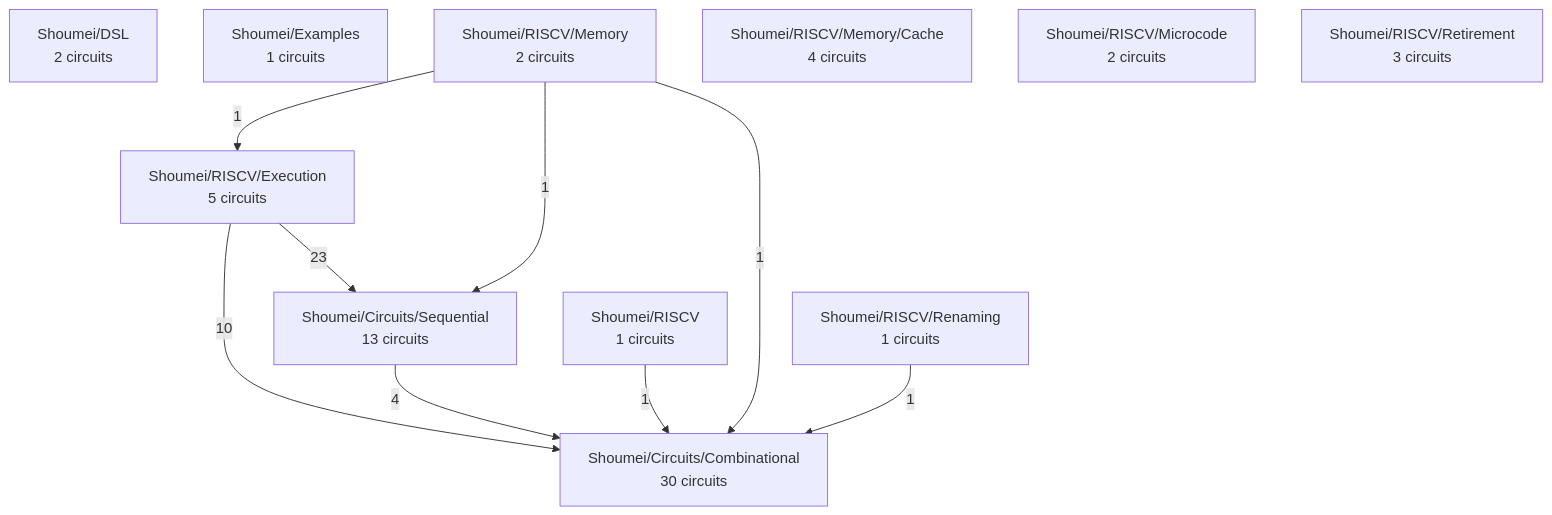
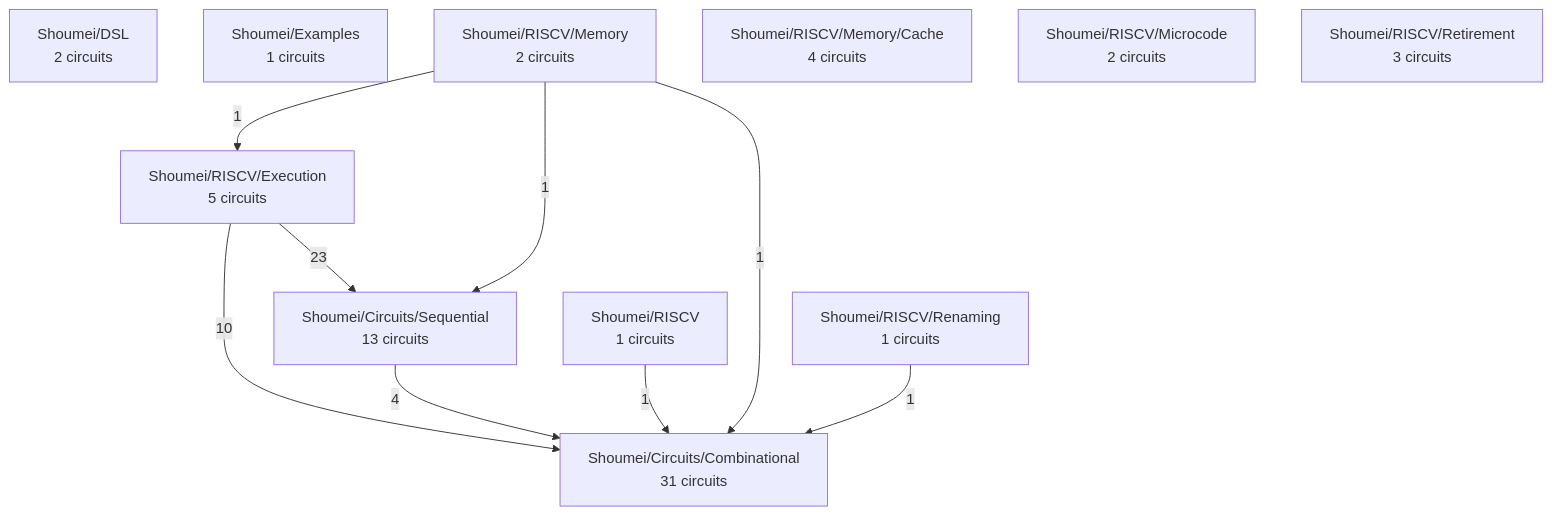
One commit to atvrager/Shoumei-RTL changed the diagram in docs/project-map.md. Above: the diagram before and after it, drawn with Mermaid. The commit also changed other lines of this file and 49 other files, not shown here.

````diff
--- a/docs/project-map.md
+++ b/docs/project-map.md
@@ -25,22 +25,22 @@
 ```mermaid
 graph TD
-  Shoumei_Circuits_Combinational["Shoumei/Circuits/Combinational<br/>30 circuits"]
+  Shoumei_Circuits_Combinational["Shoumei/Circuits/Combinational<br/>31 circuits"]
   Shoumei_Circuits_Sequential["Shoumei/Circuits/Sequential<br/>13 circuits"]
   Shoumei_DSL["Shoumei/DSL<br/>2 circuits"]
   Shoumei_Examples["Shoumei/Examples<br/>1 circuits"]
   Shoumei_RISCV["Shoumei/RISCV<br/>1 circuits"]
   Shoumei_RISCV_Execution["Shoumei/RISCV/Execution<br/>5 circuits"]
   Shoumei_RISCV_Memory["Shoumei/RISCV/Memory<br/>2 circuits"]
   Shoumei_RISCV_Memory_Cache["Shoumei/RISCV/Memory/Cache<br/>4 circuits"]
   Shoumei_RISCV_Microcode["Shoumei/RISCV/Microcode<br/>2 circuits"]
   Shoumei_RISCV_Renaming["Shoumei/RISCV/Renaming<br/>1 circuits"]
   Shoumei_RISCV_Retirement["Shoumei/RISCV/Retirement<br/>3 circuits"]
   Shoumei_RISCV_Execution -->|23| Shoumei_Circuits_Sequential
   Shoumei_RISCV_Execution -->|10| Shoumei_Circuits_Combinational
   Shoumei_Circuits_Sequential -->|4| Shoumei_Circuits_Combinational
   Shoumei_RISCV -->|1| Shoumei_Circuits_Combinational
   Shoumei_RISCV_Memory -->|1| Shoumei_Circuits_Combinational
   Shoumei_RISCV_Memory -->|1| Shoumei_Circuits_Sequential
   Shoumei_RISCV_Memory -->|1| Shoumei_RISCV_Execution
   Shoumei_RISCV_Renaming -->|1| Shoumei_Circuits_Combinational
 ```
````
